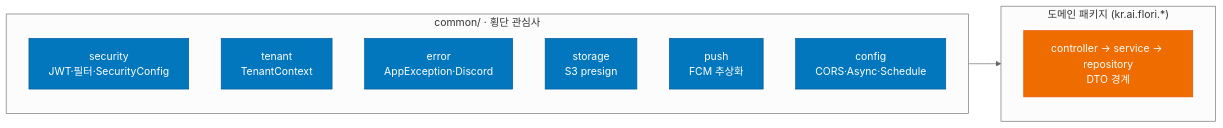
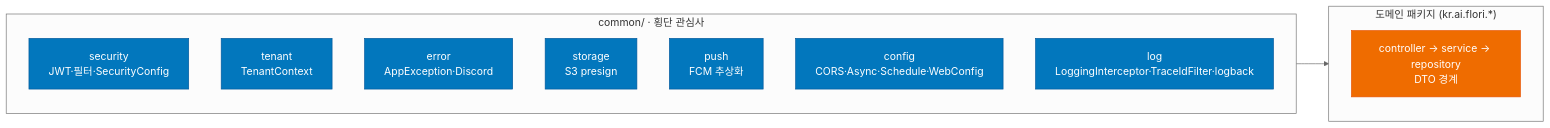
The second of 10 diagrams in docs/ARCHITECTURE.md (flori-ai-kr/api), drawn with Mermaid (neutral theme) before and after one commit. The commit also changed other lines of this file and 50 other files, not shown here.

````diff
--- a/docs/ARCHITECTURE.md
+++ b/docs/ARCHITECTURE.md
@@ -68,24 +68,25 @@
 ```mermaid
 flowchart LR
     subgraph Cross["common/ · 횡단 관심사"]
         direction TB
         CSec[security<br/>JWT·필터·SecurityConfig]
         CTen[tenant<br/>TenantContext]
         CErr[error<br/>AppException·Discord]
         CSto[storage<br/>S3 presign]
         CPush[push<br/>FCM 추상화]
-        CCfg[config<br/>CORS·Async·Schedule]
+        CCfg[config<br/>CORS·Async·Schedule·WebConfig]
+        CLog[log<br/>LoggingInterceptor·TraceIdFilter·logback]
     end
 
     subgraph Domain["도메인 패키지 (kr.ai.flori.*)"]
         direction TB
         D[controller → service → repository<br/>DTO 경계]
     end
 
     Cross --> Domain
 
     classDef common fill:#0277bd,color:#fff,stroke:#01579b
     classDef dom fill:#ef6c00,color:#fff,stroke:#e65100
-    class CSec,CTen,CErr,CSto,CPush,CCfg common
+    class CSec,CTen,CErr,CSto,CPush,CCfg,CLog common
     class D dom
 ```
````
